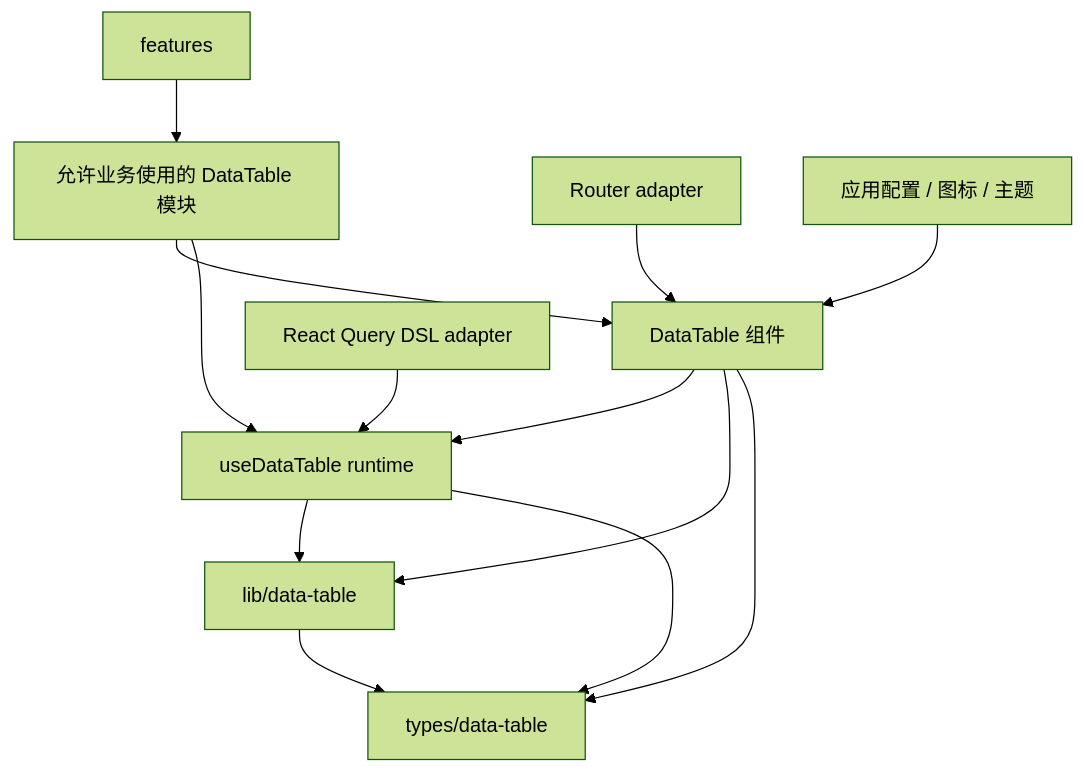
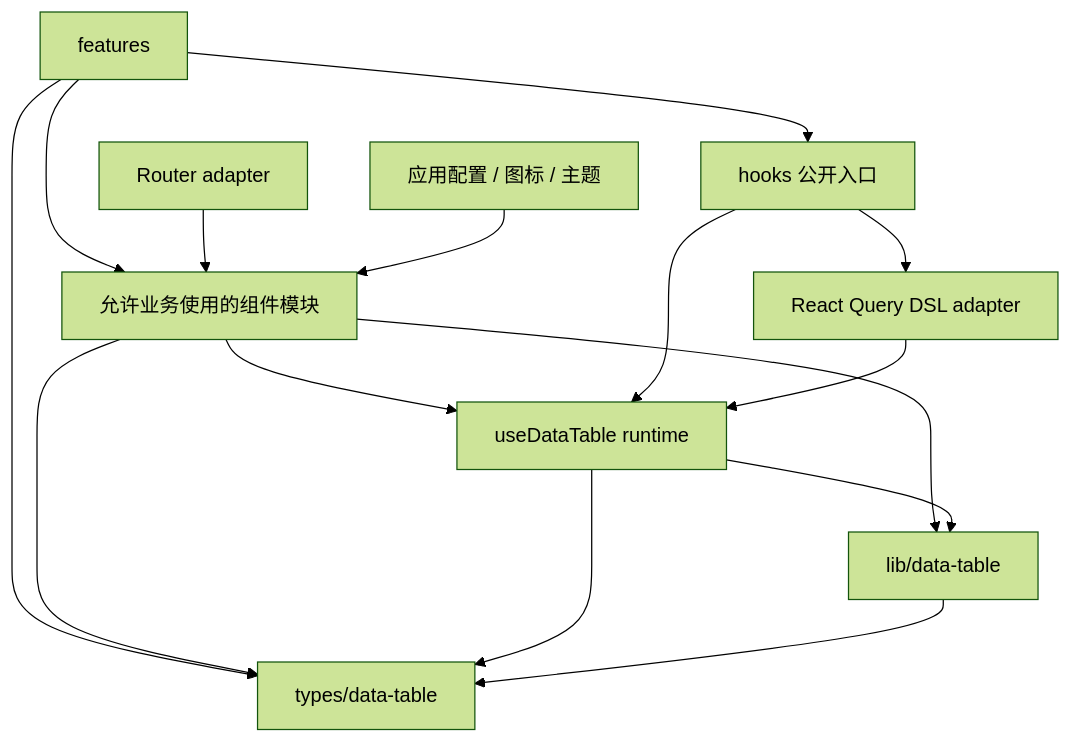
One commit to 125002850/tanstack-start-admin changed the first of 2 diagrams in docs/plans/2026-08-03-data-table-library-governance.md. Above: the diagram before and after it, drawn with Mermaid (forest theme). The commit also changed other lines of this file and 67 other files, not shown here.

````diff
--- a/docs/plans/2026-08-03-data-table-library-governance.md
+++ b/docs/plans/2026-08-03-data-table-library-governance.md
@@ -63,15 +125,17 @@
 ```mermaid
 graph TD
-  F[features] --> P[允许业务使用的 DataTable 模块]
-  P --> V[DataTable 组件]
-  P --> H[useDataTable runtime]
-  V --> H
-  V --> L[lib/data-table]
+  F[features] --> C[允许业务使用的组件模块]
+  F --> HP[hooks 公开入口]
+  F --> T[types/data-table]
+  C --> H[useDataTable runtime]
+  C --> L[lib/data-table]
+  C --> T
+  HP --> H
+  HP --> Q[React Query DSL adapter]
+  Q --> H
   H --> L
-  V --> T[types/data-table]
   H --> T
   L --> T
-  Q[React Query DSL adapter] --> H
-  R[Router adapter] --> V
-  A[应用配置 / 图标 / 主题] --> V
+  R[Router adapter] --> C
+  A[应用配置 / 图标 / 主题] --> C
 ```
````
